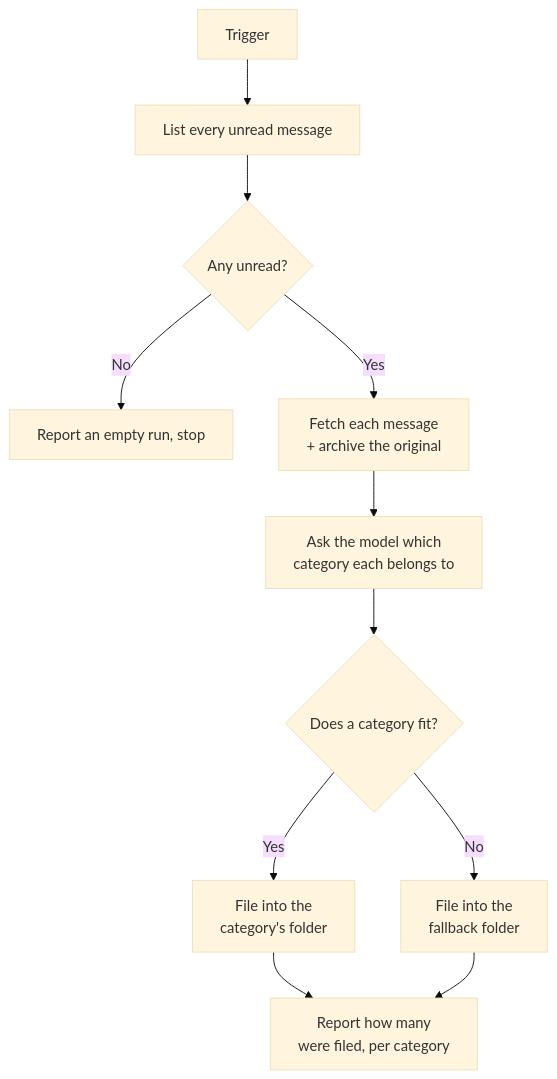
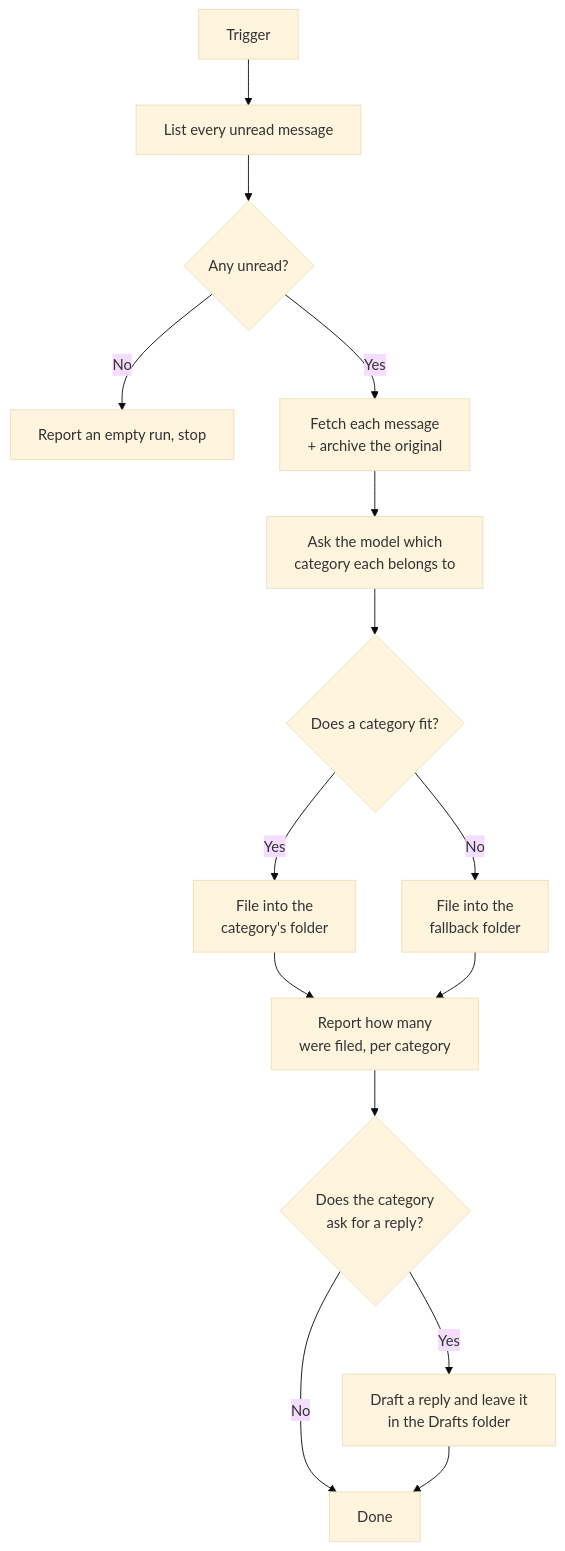
One commit to bbvch-ai/aihub-core changed the diagram in docs/docs/2_platform/5_agents/12_email_classification_agent/index.en.md. Above: the diagram before and after it, drawn with Mermaid (base theme). The commit also changed other lines of this file and 58 other files, not shown here.

First line of the commit message:
feat(swiss-ai-hub): Draft replies per category in the email classification agent

````diff
--- a/docs/docs/2_platform/5_agents/12_email_classification_agent/index.en.md
+++ b/docs/docs/2_platform/5_agents/12_email_classification_agent/index.en.md
@@ -33,13 +33,17 @@
 ```mermaid
 flowchart TD
     A[Trigger] --> B[List every unread message]
     B --> C{Any unread?}
     C -- No --> D[Report an empty run, stop]
     C -- Yes --> E[Fetch each message<br/>+ archive the original]
     E --> F[Ask the model which<br/>category each belongs to]
     F --> G{Does a category fit?}
     G -- Yes --> H[File into the<br/>category's folder]
     G -- No --> I[File into the<br/>fallback folder]
     H --> J[Report how many<br/>were filed, per category]
     I --> J
+    J --> K{Does the category<br/>ask for a reply?}
+    K -- No --> L[Done]
+    K -- Yes --> M[Draft a reply and leave it<br/>in the Drafts folder]
+    M --> L
 ```
````
